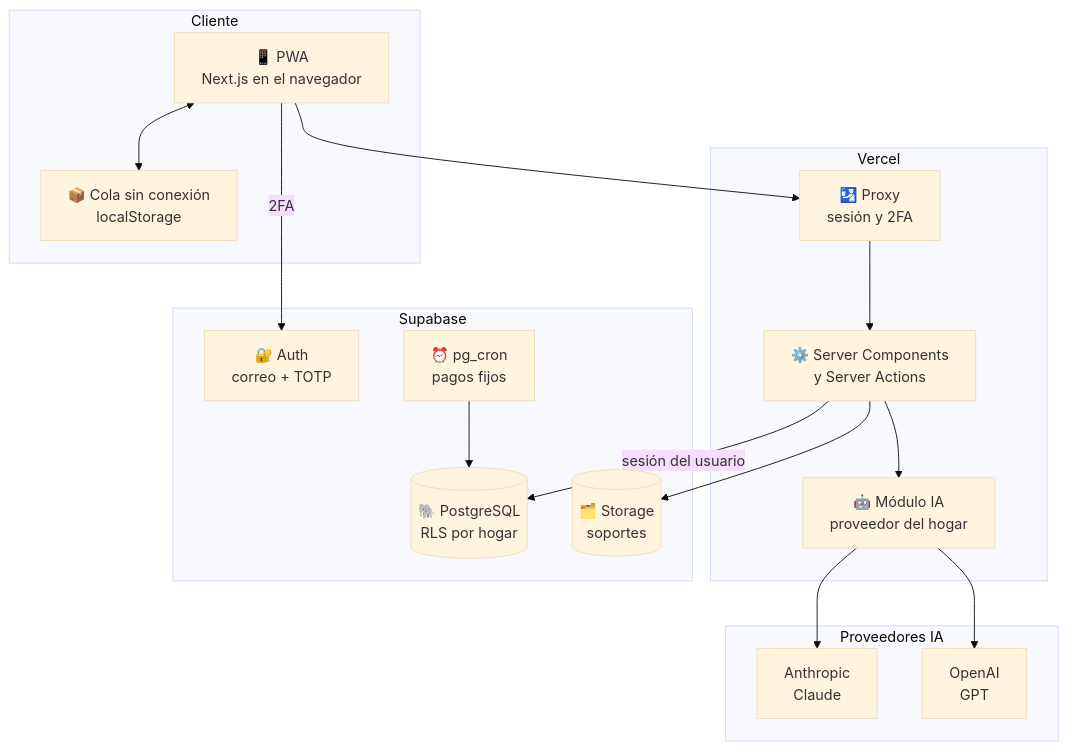
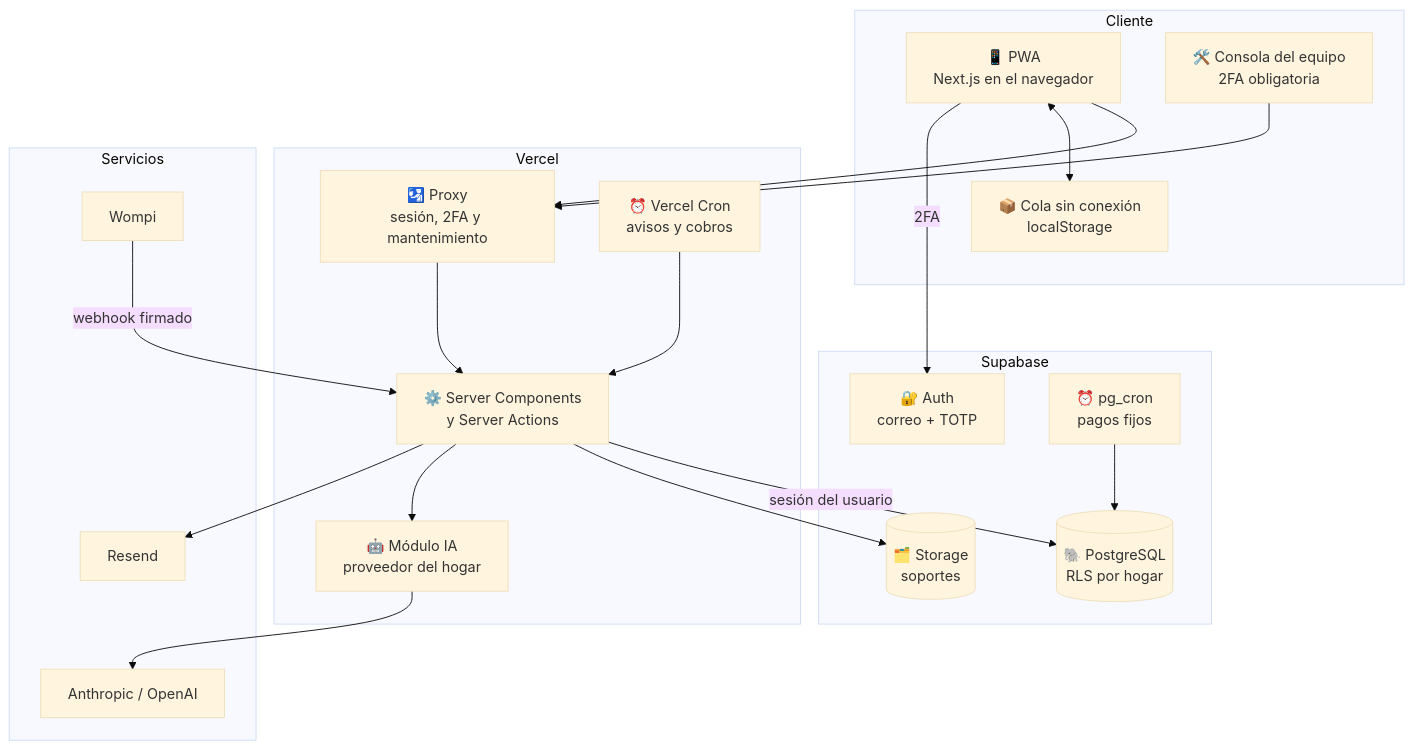
The second of 2 diagrams in README.md (Jaider45/My-House), drawn with Mermaid (base theme) before and after one commit. The commit also changed other lines of this file, not shown here.

Commit message:
README al día con la fase SaaS: consola, planes, cobro, contadores, guías y seguridad

````diff
--- a/README.md
+++ b/README.md
@@ -185,31 +244,36 @@
 ```mermaid
 flowchart TB
     subgraph Cliente
         W["📱 PWA<br/>Next.js en el navegador"]
         Q["📦 Cola sin conexión<br/>localStorage"]
+        K["🛠️ Consola del equipo<br/>2FA obligatoria"]
     end
     subgraph Vercel
-        P["🛂 Proxy<br/>sesión y 2FA"]
+        P["🛂 Proxy<br/>sesión, 2FA y mantenimiento"]
         RSC["⚙️ Server Components<br/>y Server Actions"]
         IA["🤖 Módulo IA<br/>proveedor del hogar"]
+        CRON["⏰ Vercel Cron<br/>avisos y cobros"]
     end
     subgraph Supabase
         AU["🔐 Auth<br/>correo + TOTP"]
         PG[("🐘 PostgreSQL<br/>RLS por hogar")]
         ST[("🗂️ Storage<br/>soportes")]
         CR["⏰ pg_cron<br/>pagos fijos"]
     end
-    subgraph Proveedores IA
-        AN["Anthropic<br/>Claude"]
-        OA["OpenAI<br/>GPT"]
+    subgraph Servicios
+        AN["Anthropic / OpenAI"]
+        WO["Wompi"]
+        RE["Resend"]
     end
     W --> P --> RSC
+    K --> P
     W <--> Q
     RSC -- "sesión del usuario" --> PG
     RSC --> ST
-    RSC --> IA
-    IA --> AN
-    IA --> OA
+    RSC --> IA --> AN
+    WO -- "webhook firmado" --> RSC
+    CRON --> RSC
+    RSC --> RE
     W -- "2FA" --> AU
     CR --> PG
 ```
````
